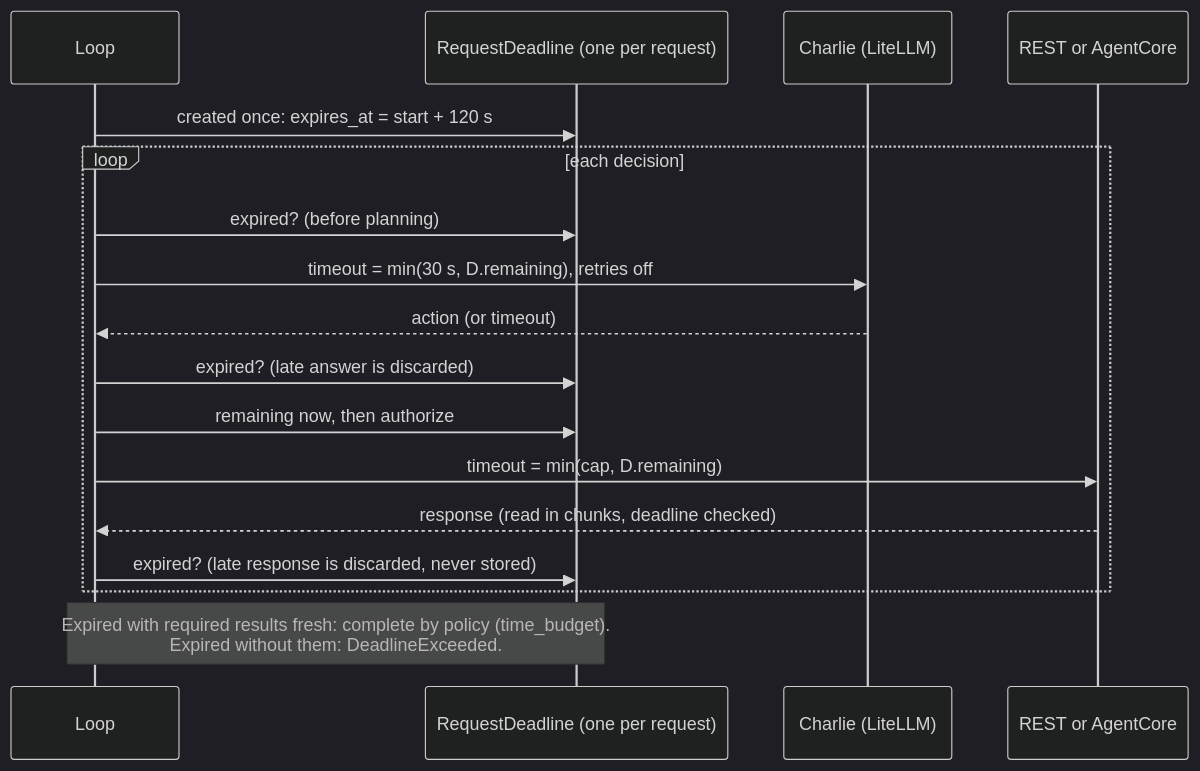
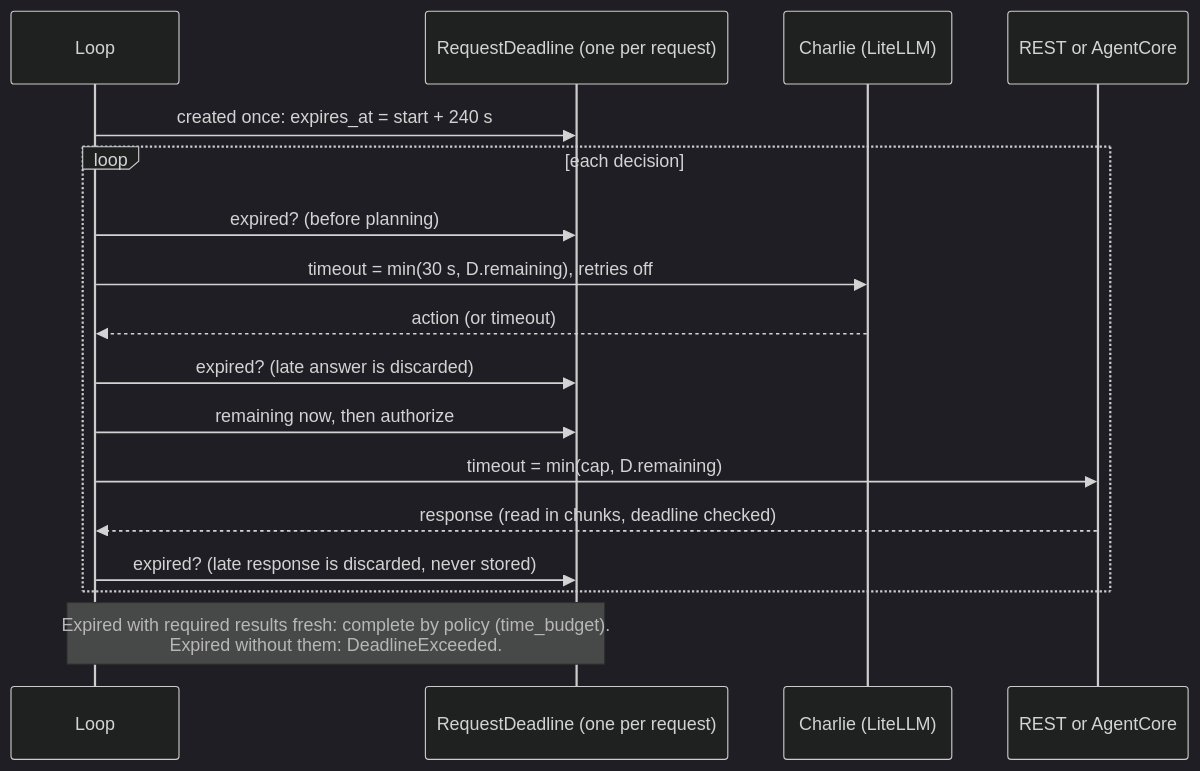
Before and after one commit to MohamadKanso/viharbot: the second of 2 diagrams in docs/iterative-orchestration.md, drawn with Mermaid (dark theme). The commit also changed other lines of this file and 9 other files, not shown here.

````diff
--- a/docs/iterative-orchestration.md
+++ b/docs/iterative-orchestration.md
@@ -92,19 +92,19 @@
 ```mermaid
 sequenceDiagram
     participant L as Loop
     participant D as RequestDeadline (one per request)
     participant C as Charlie (LiteLLM)
     participant T as REST or AgentCore
-    L->>D: created once: expires_at = start + 120 s
+    L->>D: created once: expires_at = start + 240 s
     loop each decision
         L->>D: expired? (before planning)
         L->>C: timeout = min(30 s, D.remaining), retries off
         C-->>L: action (or timeout)
         L->>D: expired? (late answer is discarded)
         L->>D: remaining now, then authorize
         L->>T: timeout = min(cap, D.remaining)
         T-->>L: response (read in chunks, deadline checked)
         L->>D: expired? (late response is discarded, never stored)
     end
     Note over L,D: Expired with required results fresh: complete by policy (time_budget).<br/>Expired without them: DeadlineExceeded.
 ```
````
